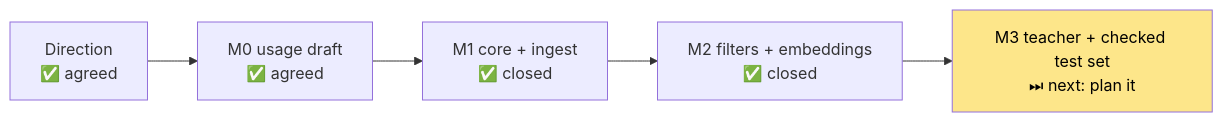
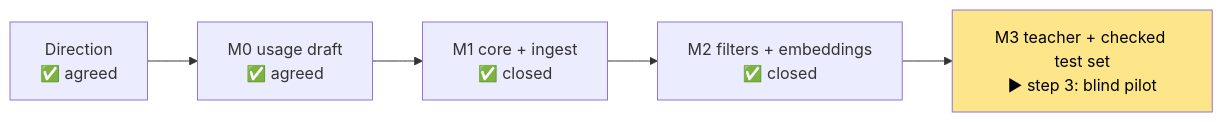
One commit to cupcakes04/Rin changed the diagram in dev/notes/state.md. Above: the diagram before and after it, drawn with Mermaid. The commit also changed other lines of this file and 42 other files, not shown here.

````diff
--- a/dev/notes/state.md
+++ b/dev/notes/state.md
@@ -9,5 +9,5 @@
 ```mermaid
 flowchart LR
-    A["Direction<br/>✅ agreed"] --> D["M0 usage draft<br/>✅ agreed"] --> E["M1 core + ingest<br/>✅ closed"] --> F["M2 filters + embeddings<br/>✅ closed"] --> G["M3 teacher + checked test set<br/>⏭ next: plan it"]
+    A["Direction<br/>✅ agreed"] --> D["M0 usage draft<br/>✅ agreed"] --> E["M1 core + ingest<br/>✅ closed"] --> F["M2 filters + embeddings<br/>✅ closed"] --> G["M3 teacher + checked test set<br/>▶ step 3: blind pilot"]
     style G fill:#fde68a,color:#000
 ```
````
